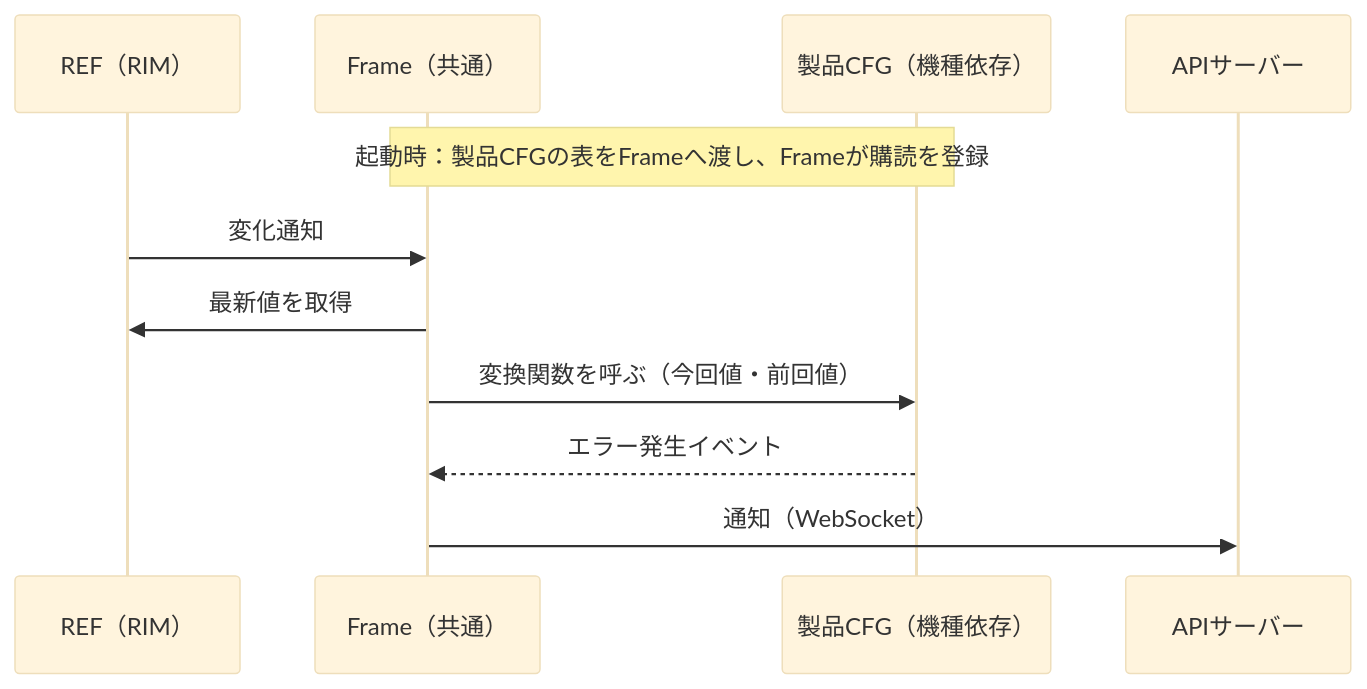
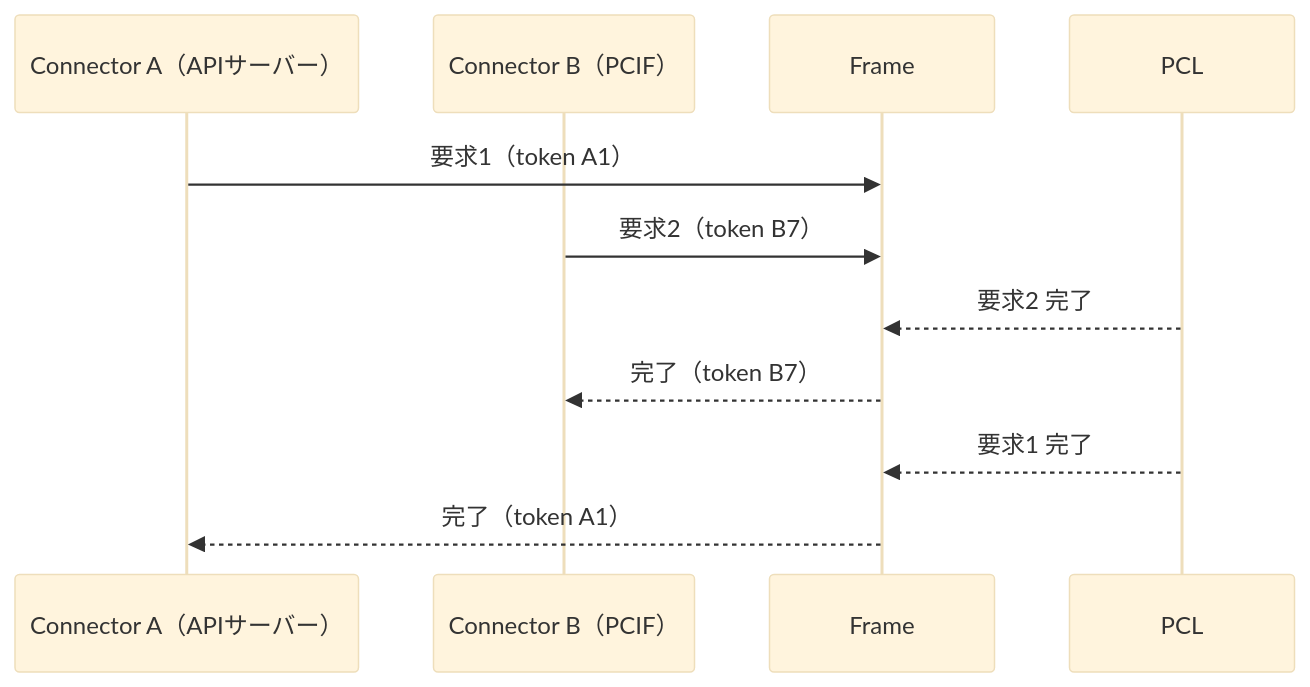
One commit to ceedling-vxworks-test-generator/EIF-design changed the second of 2 diagrams in 01.設計/Frame機種依存分離設計.md. Above: the diagram before and after it, drawn with Mermaid (base theme). The commit also changed other lines of this file and 6 other files, not shown here.

````diff
--- a/01.設計/Frame機種依存分離設計.md
+++ b/01.設計/Frame機種依存分離設計.md
@@ -174,13 +147,13 @@
 ```mermaid
 sequenceDiagram
-participant REF as REF（RIM）
-participant FRM as Frame（共通）
-participant PRD as 製品CFG（機種依存）
-participant EXT as APIサーバー
-Note over FRM,PRD: 起動時：製品CFGの表をFrameへ渡し、Frameが購読を登録
-REF->>FRM: 変化通知
-FRM->>REF: 最新値を取得
-FRM->>PRD: 変換関数を呼ぶ（今回値・前回値）
-PRD-->>FRM: エラー発生イベント
-FRM->>EXT: 通知（WebSocket）
+participant A as Connector A（APIサーバー）
+participant B as Connector B（PCIF）
+participant F as Frame
+participant P as PCL
+A->>F: 要求1（token A1）
+B->>F: 要求2（token B7）
+P-->>F: 要求2 完了
+F-->>B: 完了（token B7）
+P-->>F: 要求1 完了
+F-->>A: 完了（token A1）
 ```
````
